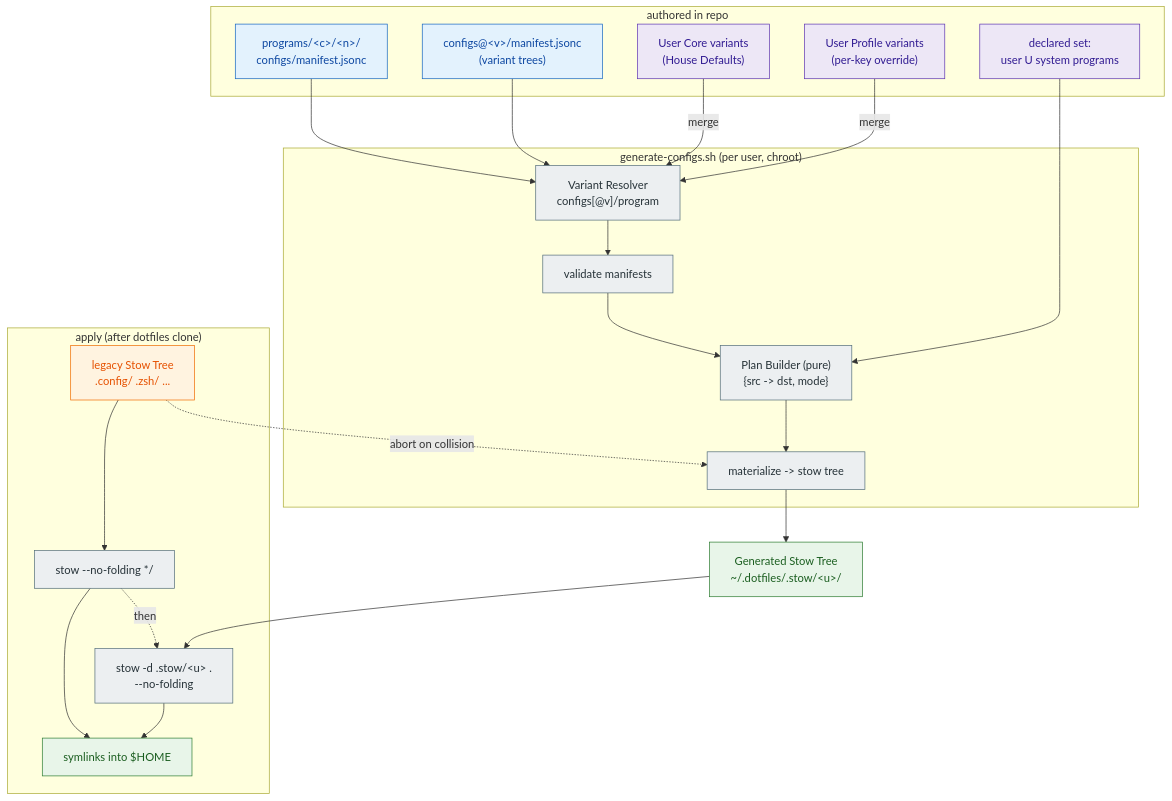
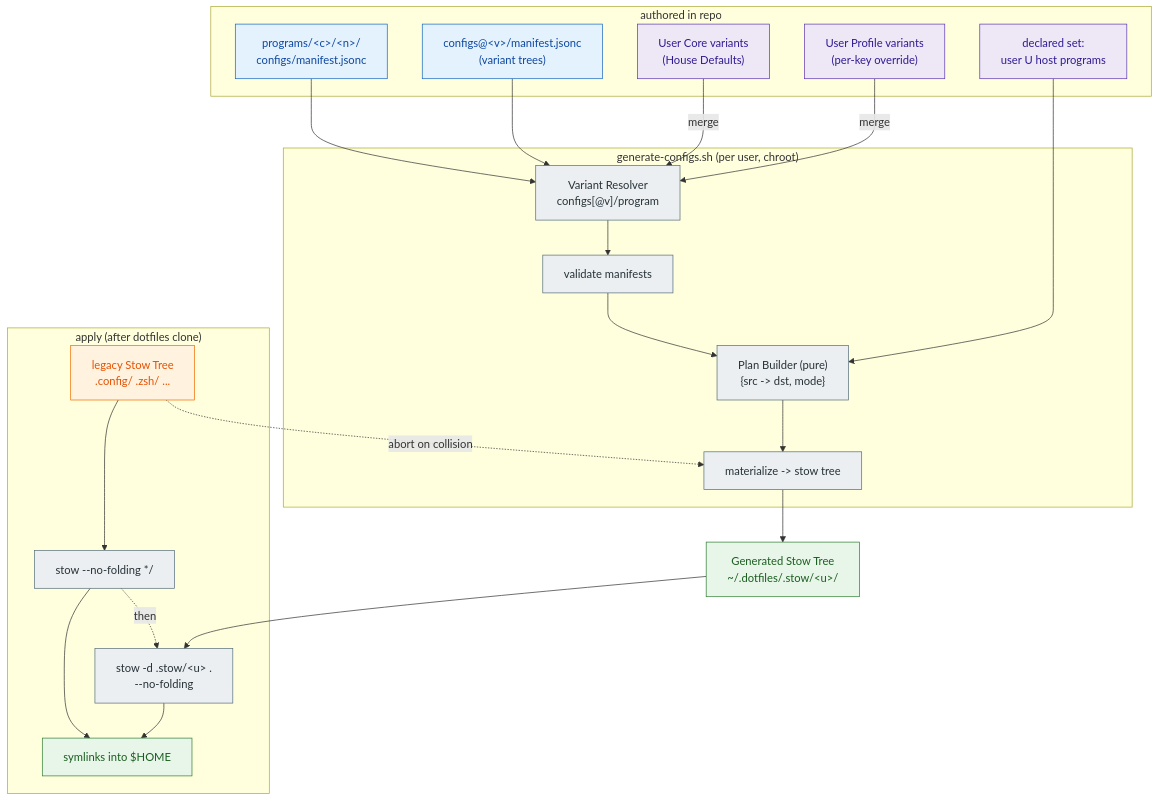
One commit to Aquastias/Arch-Dotfiles changed the fourth of 4 diagrams in .os/ARCHITECTURE.md. Above: the diagram before and after it, drawn with Mermaid. The commit also changed other lines of this file and 73 other files, not shown here.

Commit message:
refactor(config): Rename System Program to Host Program

````diff
--- a/.os/ARCHITECTURE.md
+++ b/.os/ARCHITECTURE.md
@@ -278,43 +278,43 @@
 ```mermaid
 flowchart TD
   classDef src fill:#e3f2fd,stroke:#1565c0,color:#0d47a1
   classDef sel fill:#ede7f6,stroke:#5e35b1,color:#311b92
   classDef proc fill:#eceff1,stroke:#546e7a,color:#263238
   classDef out fill:#e8f5e9,stroke:#2e7d32,color:#1b5e20
   classDef leg fill:#fff3e0,stroke:#ef6c00,color:#e65100
 
   subgraph AUTH["authored in repo"]
     T0["programs/&lt;c&gt;/&lt;n&gt;/<br/>configs/manifest.jsonc"]:::src
     TV["configs@&lt;v&gt;/manifest.jsonc<br/>(variant trees)"]:::src
     UCv["User Core variants<br/>(House Defaults)"]:::sel
     USv["User Profile variants<br/>(per-key override)"]:::sel
-    DECL["declared set:<br/>user U system programs"]:::sel
+    DECL["declared set:<br/>user U host programs"]:::sel
   end
 
   subgraph GEN["generate-configs.sh (per user, chroot)"]
     VR["Variant Resolver<br/>configs[@v]/program"]:::proc
     VAL["validate manifests"]:::proc
     PB["Plan Builder (pure)<br/>{src -> dst, mode}"]:::proc
     MAT["materialize -> stow tree"]:::proc
   end
 
   GST["Generated Stow Tree<br/>~/.dotfiles/.stow/&lt;u&gt;/"]:::out
 
   subgraph APPLY["apply (after dotfiles clone)"]
     LEG["legacy Stow Tree<br/>.config/ .zsh/ ..."]:::leg
     S1["stow --no-folding */"]:::proc
     S2["stow -d .stow/&lt;u&gt; .<br/>--no-folding"]:::proc
     HOME["symlinks into $HOME"]:::out
   end
 
   UCv-->|merge|VR
   USv-->|merge|VR
   T0-->VR
   TV-->VR
   DECL-->PB
   VR-->VAL-->PB-->MAT-->GST
   LEG-->S1-->HOME
   GST-->S2-->HOME
   S1-.then.->S2
   LEG-.abort on collision.->MAT
 ```
````
